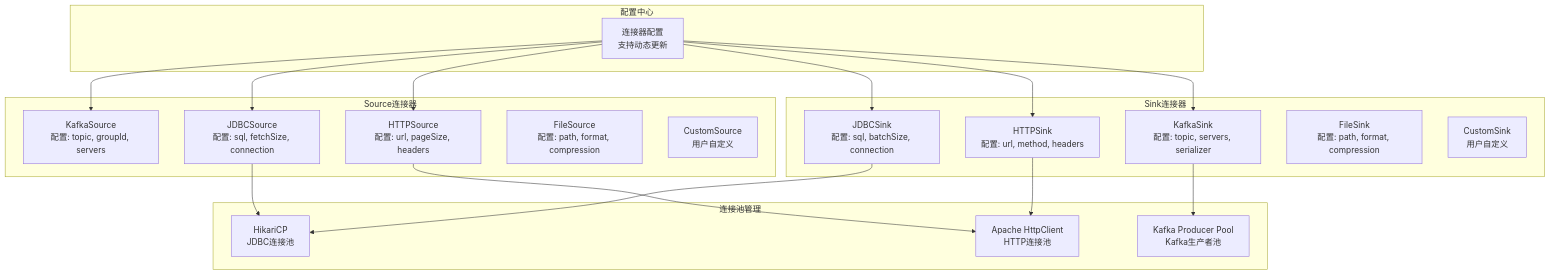
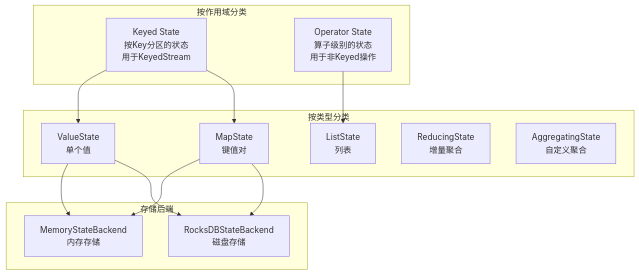
Before and after one commit to 312268112/advanced-java: the seventh of 8 diagrams in pipeline-framework-design.md, drawn with Mermaid. The commit also changed other lines of this file, not shown here.

````diff
--- a/pipeline-framework-design.md
+++ b/pipeline-framework-design.md
@@ -535,43 +1288,29 @@
 ```mermaid
 graph TB
-    subgraph "Source连接器"
-        S1[KafkaSource<br/>配置: topic, groupId, servers]
-        S2[JDBCSource<br/>配置: sql, fetchSize, connection]
-        S3[HTTPSource<br/>配置: url, pageSize, headers]
-        S4[FileSource<br/>配置: path, format, compression]
-        S5[CustomSource<br/>用户自定义]
+    subgraph "按作用域分类"
+        KeyedState[Keyed State<br/>按Key分区的状态<br/>用于KeyedStream]
+        OperatorState[Operator State<br/>算子级别的状态<br/>用于非Keyed操作]
     end
     
-    subgraph "Sink连接器"
-        K1[KafkaSink<br/>配置: topic, servers, serializer]
-        K2[JDBCSink<br/>配置: sql, batchSize, connection]
-        K3[HTTPSink<br/>配置: url, method, headers]
-        K4[FileSink<br/>配置: path, format, compression]
-        K5[CustomSink<br/>用户自定义]
+    subgraph "按类型分类"
+        ValueState[ValueState<br/>单个值]
+        ListState[ListState<br/>列表]
+        MapState[MapState<br/>键值对]
+        ReducingState[ReducingState<br/>增量聚合]
+        AggregatingState[AggregatingState<br/>自定义聚合]
     end
     
-    subgraph "连接池管理"
-        P1[HikariCP<br/>JDBC连接池]
-        P2[Apache HttpClient<br/>HTTP连接池]
-        P3[Kafka Producer Pool<br/>Kafka生产者池]
+    subgraph "存储后端"
+        Memory[MemoryStateBackend<br/>内存存储]
+        RocksDB[RocksDBStateBackend<br/>磁盘存储]
     end
     
-    subgraph "配置中心"
-        Config[连接器配置<br/>支持动态更新]
-    end
+    KeyedState --> ValueState
+    KeyedState --> MapState
+    OperatorState --> ListState
     
-    S2 --> P1
-    K2 --> P1
-    
-    S3 --> P2
-    K3 --> P2
-    
-    K1 --> P3
-    
-    Config --> S1
-    Config --> S2
-    Config --> S3
-    Config --> K1
-    Config --> K2
-    Config --> K3
+    ValueState --> Memory
+    ValueState --> RocksDB
+    MapState --> Memory
+    MapState --> RocksDB
 ```
````
